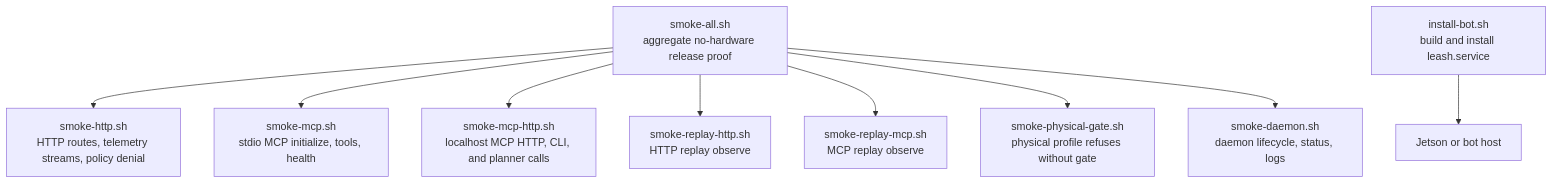
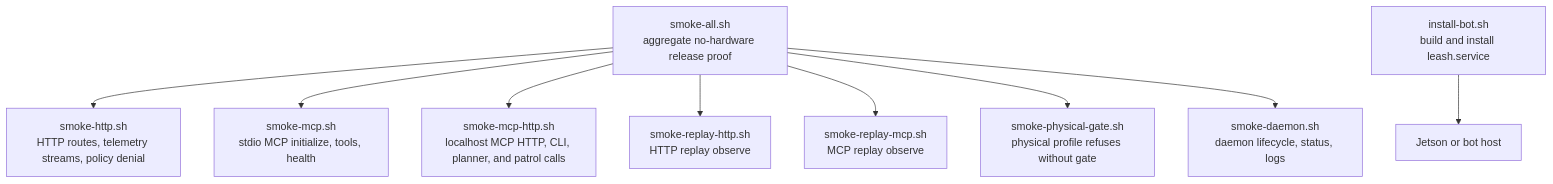
The diagram in scripts/README.md (specdog/leash), drawn with Mermaid before and after one commit. The commit also changed other lines of this file and 12 other files, not shown here.

````diff
--- a/scripts/README.md
+++ b/scripts/README.md
@@ -5,11 +5,11 @@
 ```mermaid
 flowchart TB
   all["smoke-all.sh\naggregate no-hardware release proof"] --> http["smoke-http.sh\nHTTP routes, telemetry streams, policy denial"]
   all --> mcp["smoke-mcp.sh\nstdio MCP initialize, tools, health"]
-  all --> mcphttp["smoke-mcp-http.sh\nlocalhost MCP HTTP, CLI, and planner calls"]
+  all --> mcphttp["smoke-mcp-http.sh\nlocalhost MCP HTTP, CLI, planner, and patrol calls"]
   all --> replayhttp["smoke-replay-http.sh\nHTTP replay observe"]
   all --> replaymcp["smoke-replay-mcp.sh\nMCP replay observe"]
   all --> physical["smoke-physical-gate.sh\nphysical profile refuses without gate"]
   all --> daemon["smoke-daemon.sh\ndaemon lifecycle, status, logs"]
   install["install-bot.sh\nbuild and install leash.service"] --> bot["Jetson or bot host"]
 ```
````
